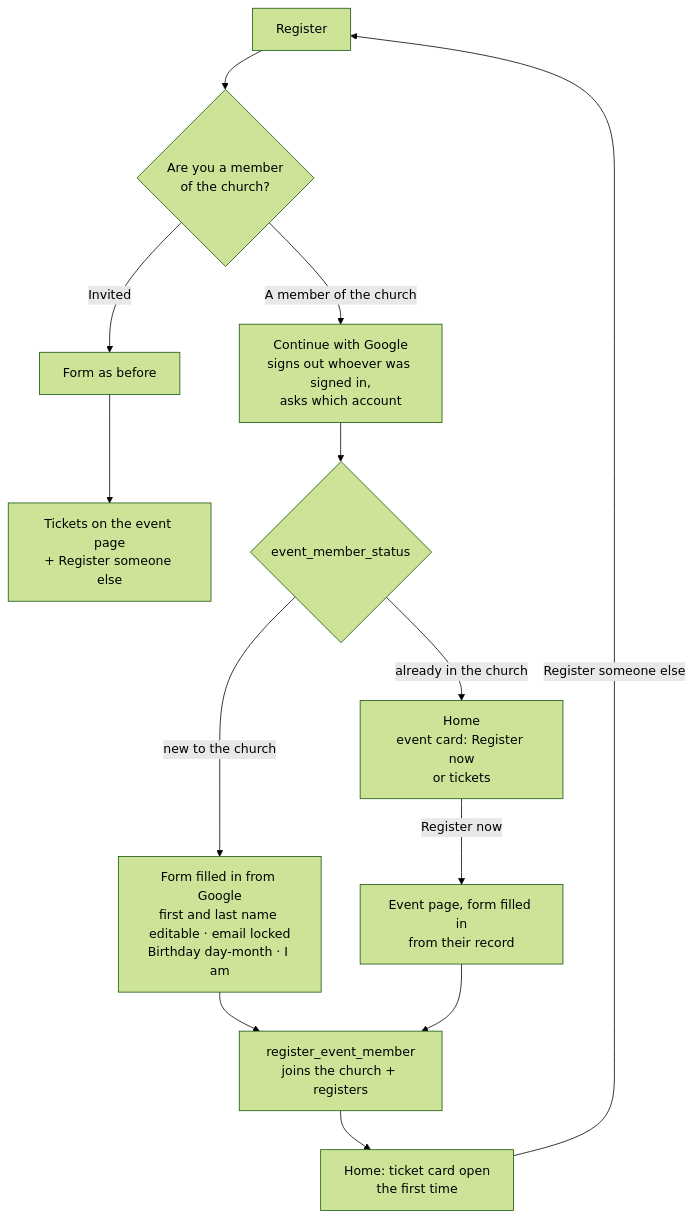
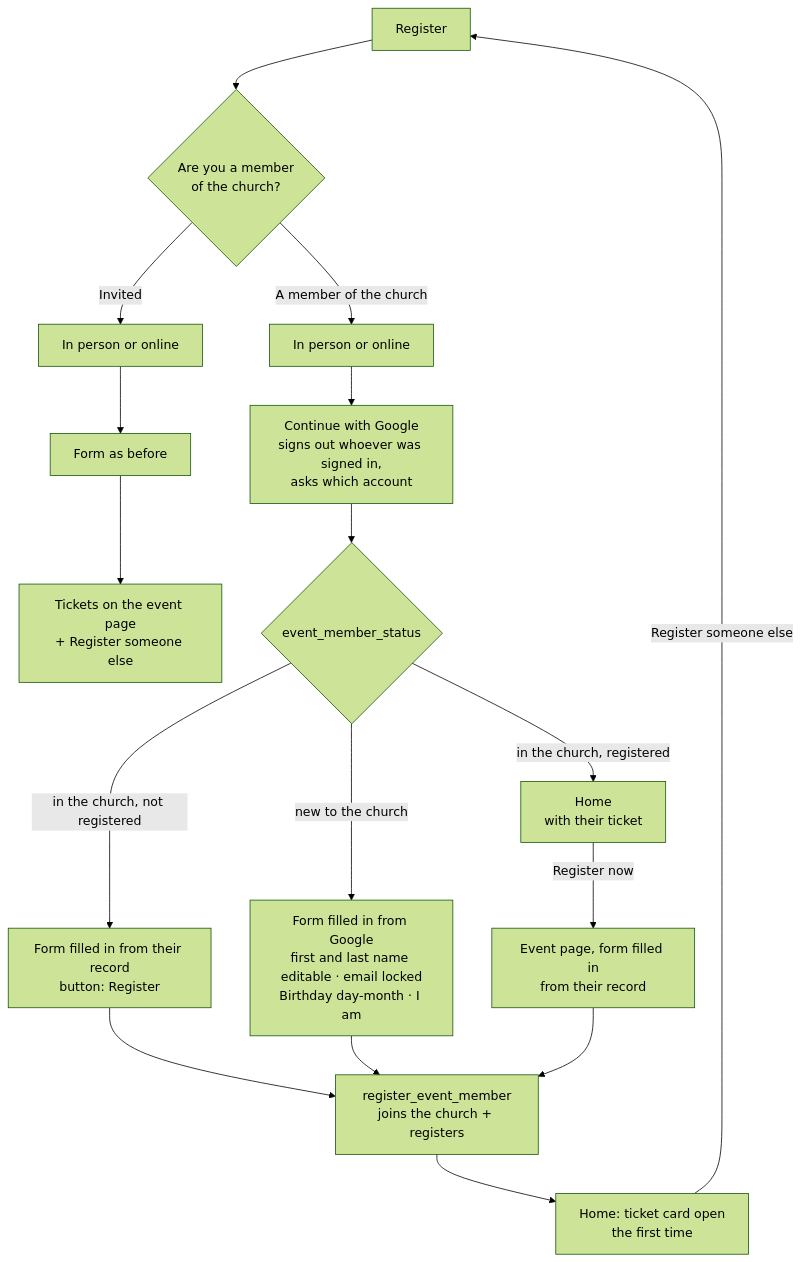
Before and after one commit to theabiodunbabs-hub/traqi-churches-v2: diagram 14 of 22 in sysreq.md, drawn with Mermaid (forest theme). The commit also changed other lines of this file and 13 other files, not shown here.

Commit message:
Event Page Modification

````diff
--- a/sysreq.md
+++ b/sysreq.md
@@ -489,13 +489,14 @@
 ```mermaid
 flowchart TB
   R[Register] --> W{Are you a member<br/>of the church?}
-  W -->|Invited| G1[Form as before] --> T1[Tickets on the event page<br/>+ Register someone else]
-  W -->|A member of the church| GG[Continue with Google<br/>signs out whoever was signed in,<br/>asks which account]
+  W -->|Invited| TY1[In person or online] --> G1[Form as before] --> T1[Tickets on the event page<br/>+ Register someone else]
+  W -->|A member of the church| TY2[In person or online] --> GG[Continue with Google<br/>signs out whoever was signed in,<br/>asks which account]
   GG --> S{event_member_status}
-  S -->|already in the church| H[Home<br/>event card: Register now<br/>or tickets]
+  S -->|in the church, registered| H[Home<br/>with their ticket]
+  S -->|in the church, not registered| F3[Form filled in from their record<br/>button: Register] --> J
   S -->|new to the church| F[Form filled in from Google<br/>first and last name editable · email locked<br/>Birthday day-month · I am]
   F --> J[register_event_member<br/>joins the church + registers]
   J --> H2[Home: ticket card open<br/>the first time]
   H -->|Register now| F2[Event page, form filled in<br/>from their record] --> J
   H2 -->|Register someone else| R
 ```
````
